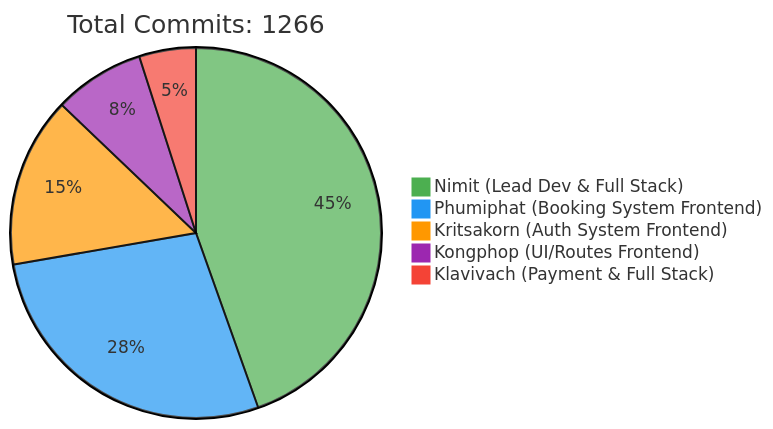
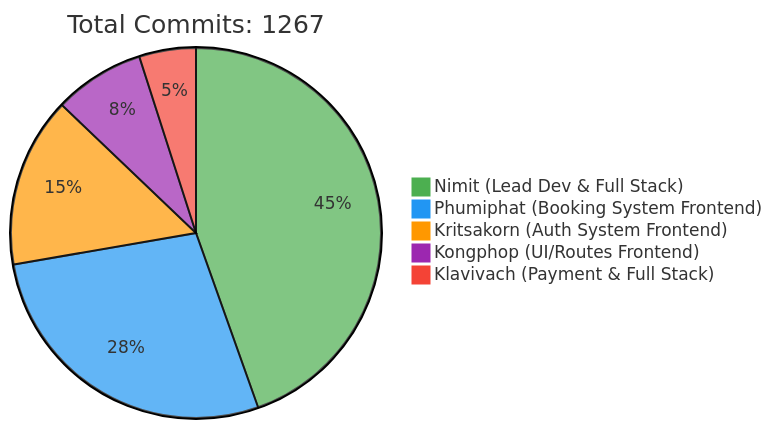
The first of 2 diagrams in README.md (6531503042/Sport-Complex), drawn with Mermaid before and after one commit. The commit also changed other lines of this file, not shown here.

Commit message:
docs: Update contributor statistics [skip ci]

````diff
--- a/README.md
+++ b/README.md
@@ -257,10 +257,10 @@
 ```mermaid
 %%{init: {'theme': 'base', 'themeVariables': { 'pie1': '#4CAF50', 'pie2': '#2196F3', 'pie3': '#FF9800', 'pie4': '#9C27B0', 'pie5': '#F44336'}}}%%
 pie
-    title Total Commits: 1266
+    title Total Commits: 1267
     "Nimit (Lead Dev & Full Stack)" : 450
     "Phumiphat (Booking System Frontend)" : 280
     "Kritsakorn (Auth System Frontend)" : 150
     "Kongphop (UI/Routes Frontend)" : 80
     "Klavivach (Payment & Full Stack)" : 50
 ```
````
